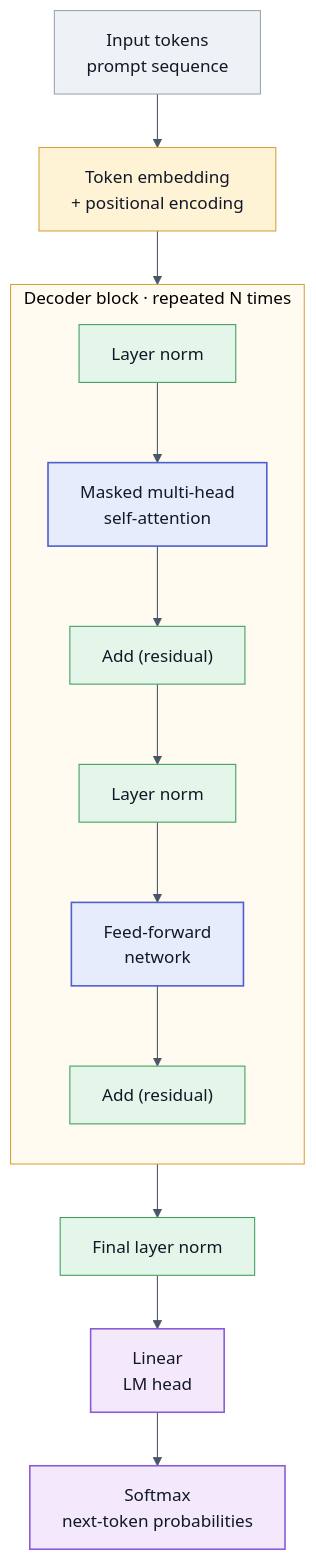
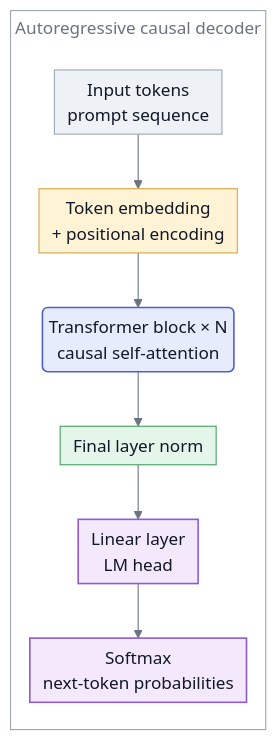
Before and after one commit to lpossner/gradient-horizon: the third of 3 diagrams in _posts/2026-11-15-architechture-of-femtochat.md, drawn with Mermaid. The commit also changed other lines of this file and 2 other files, not shown here.

````diff
--- a/_posts/2026-11-15-architechture-of-femtochat.md
+++ b/_posts/2026-11-15-architechture-of-femtochat.md
@@ -55,30 +101,23 @@
 ```mermaid
-%%{init: {'theme':'base','themeVariables':{'background':'#ffffff','primaryColor':'#e7ecfd','primaryTextColor':'#111827','primaryBorderColor':'#4f5fd0','lineColor':'#4a5568','edgeLabelBackground':'#f4f5f7','clusterBkg':'#fffbf0','clusterBorder':'#d9a13b'}}}%%
+%%{init: {'theme':'base','themeVariables':{'background':'transparent','primaryColor':'#e7ecfd','primaryTextColor':'#111827','primaryBorderColor':'#4f5fd0','lineColor':'#6b7280','titleColor':'#6b7280','clusterBkg':'transparent','clusterBorder':'#9aa5b1'},'flowchart':{'subGraphTitleMargin':{'top':4,'bottom':26},'nodeSpacing':16,'rankSpacing':26,'padding':6}}}%%
 flowchart TB
     classDef io      fill:#eef1f5,stroke:#9aa5b1,color:#111827
     classDef embed   fill:#fff3d6,stroke:#d9a13b,color:#111827
-    classDef compute fill:#e7ecfd,stroke:#4f5fd0,stroke-width:1.5px,color:#111827
+    classDef block   fill:#e7ecfd,stroke:#4f5fd0,stroke-width:1.5px,color:#111827
     classDef norm    fill:#e4f6ea,stroke:#3f9e5e,color:#111827
     classDef head    fill:#f4e8fb,stroke:#8b5cd6,stroke-width:1.5px,color:#111827
 
-    ti["Input tokens<br/>prompt sequence"]:::io
-    te["Token embedding<br/>+ positional encoding"]:::embed
+    %% The same block as the first figure, stacked: no cross-attention,
+    %% and self-attention masked so a token only sees the ones before it.
+    subgraph MOD["Autoregressive causal decoder"]
+        direction TB
+        ti["Input tokens<br/>prompt sequence"]:::io
+        te["Token embedding<br/>+ positional encoding"]:::embed
+        tb("Transformer block × N<br/>causal self-attention"):::block
+        fn["Final layer norm"]:::norm
+        lm["Linear layer<br/>LM head"]:::head
+        sm["Softmax<br/>next-token probabilities"]:::head
 
-    subgraph BLK["Decoder block · repeated N times"]
-        direction TB
-        ln1["Layer norm"]:::norm
-        att["Masked multi-head<br/>self-attention"]:::compute
-        add1["Add (residual)"]:::norm
-        ln2["Layer norm"]:::norm
-        ff["Feed-forward<br/>network"]:::compute
-        add2["Add (residual)"]:::norm
-        ln1 --> att --> add1 --> ln2 --> ff --> add2
+        ti --> te --> tb --> fn --> lm --> sm
     end
-
-    lnf["Final layer norm"]:::norm
-    lin["Linear<br/>LM head"]:::head
-    out["Softmax<br/>next-token probabilities"]:::head
-
-    ti --> te --> ln1
-    add2 --> lnf --> lin --> out
 ```
````
